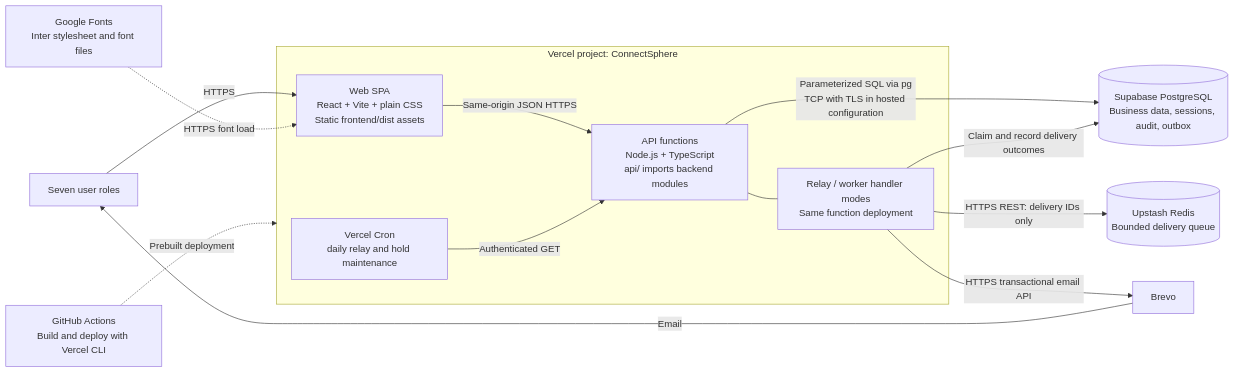
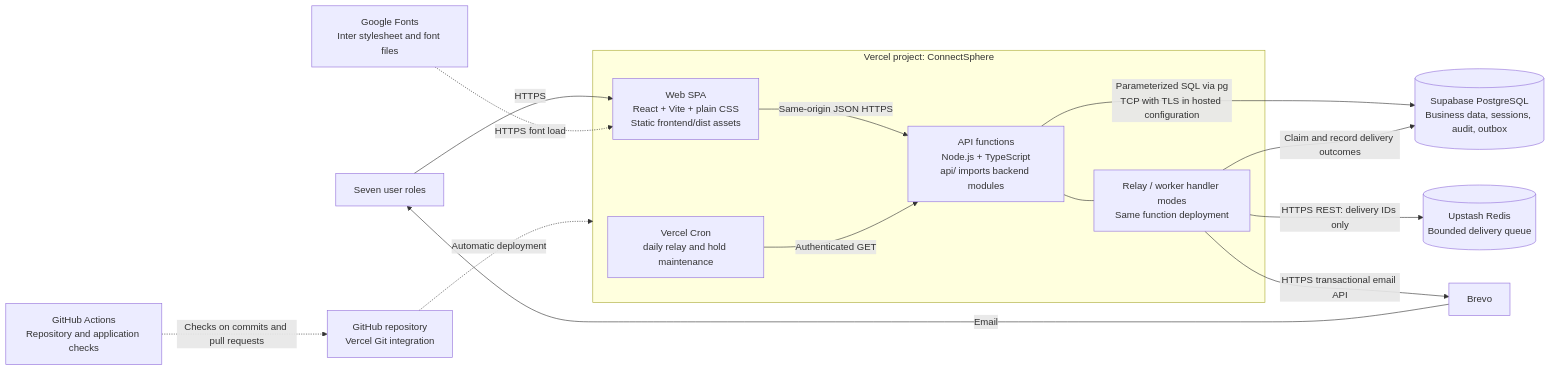
One commit to hongyime/sgConnectSphere2026 changed the diagram in docs/design/02-c4-containers.mmd. Above: the diagram before and after it, drawn with Mermaid. The commit also changed 23 other files, not shown here.

```diff
--- a/docs/design/02-c4-containers.mmd
+++ b/docs/design/02-c4-containers.mmd
@@ -1,16 +1,17 @@
 flowchart LR
  U["Seven user roles"] -->|HTTPS| W
  subgraph V["Vercel project: ConnectSphere"]
  W["Web SPA<br/>React + Vite + plain CSS<br/>Static frontend/dist assets"] -->|Same-origin JSON HTTPS| A
  A["API functions<br/>Node.js + TypeScript<br/>api/ imports backend modules"]
  C["Vercel Cron<br/>daily relay and hold maintenance"] -->|Authenticated GET| A
  R["Relay / worker handler modes<br/>Same function deployment"]
  A --- R
  end
  A -->|Parameterized SQL via pg<br/>TCP with TLS in hosted configuration| DB[("Supabase PostgreSQL<br/>Business data, sessions, audit, outbox")]
  R -->|Claim and record delivery outcomes| DB
  R -->|HTTPS REST: delivery IDs only| Q[("Upstash Redis<br/>Bounded delivery queue")]
  R -->|HTTPS transactional email API| B["Brevo"]
  B -->|Email| U
- G["GitHub Actions<br/>Build and deploy with Vercel CLI"] -.->|Prebuilt deployment| V
+ G["GitHub repository<br/>Vercel Git integration"] -.->|Automatic deployment| V
+ CI["GitHub Actions<br/>Repository and application checks"] -.->|Checks on commits and pull requests| G
  F["Google Fonts<br/>Inter stylesheet and font files"] -.->|HTTPS font load| W
```
